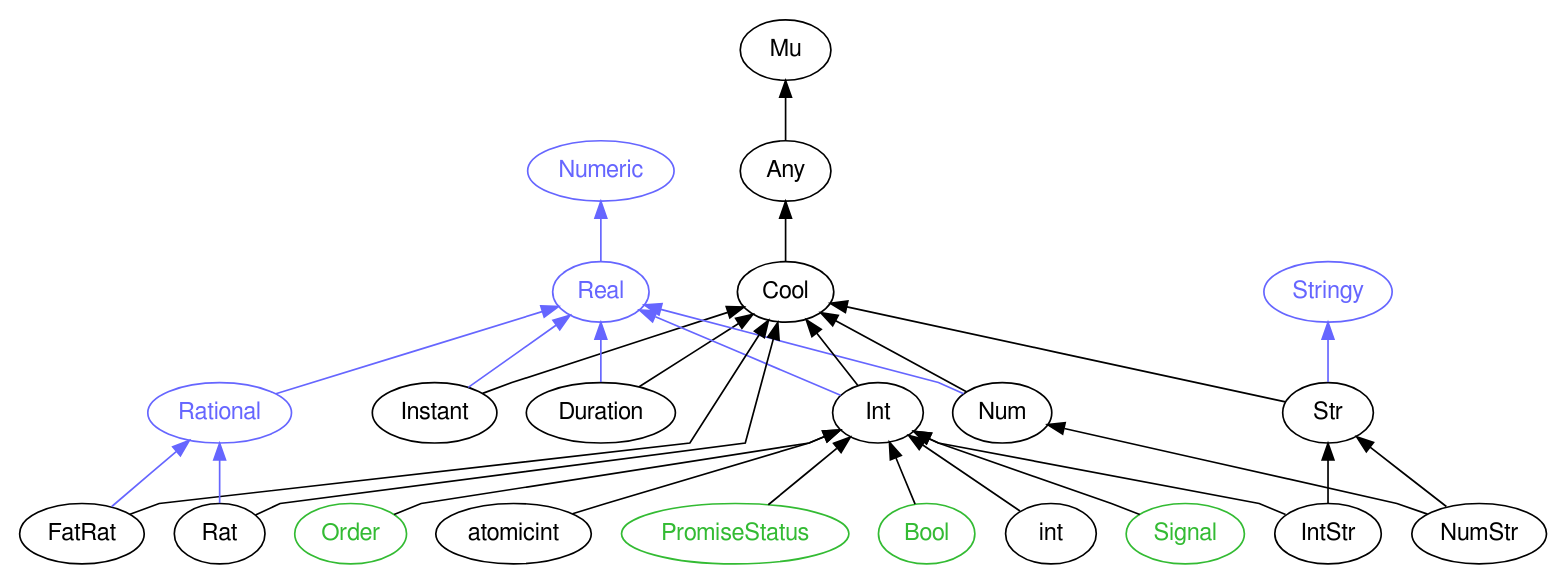
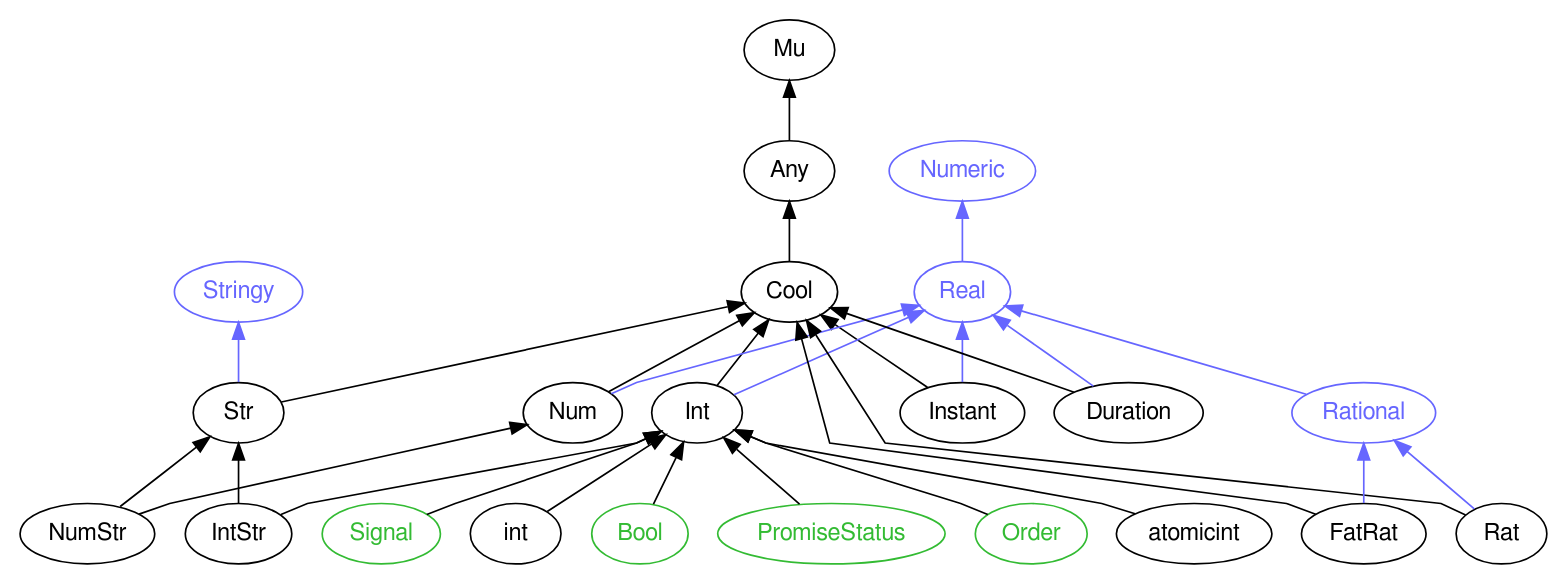
Before and after one commit to perl6docs/perl6docs.github.io: the diagram in images/type-graph-Real.svg.dot, drawn with Graphviz. The commit also changed other lines of this file and 4422 other files, not shown here.

```diff
--- a/images/type-graph-Real.svg.dot
+++ b/images/type-graph-Real.svg.dot
@@ -1,60 +1,60 @@
 digraph "perl6-type-graph" {
     rankdir=BT;
     splines=polyline;
     overlap=false; 
     // Types
     "Real" [color="#6666FF", fontcolor="#6666FF", href="/type/Real", fontname="FreeSans"];
     "Numeric" [color="#6666FF", fontcolor="#6666FF", href="/type/Numeric", fontname="FreeSans"];
-    "Rational" [color="#6666FF", fontcolor="#6666FF", href="/type/Rational", fontname="FreeSans"];
     "Mu" [color="#000000", fontcolor="#000000", href="/type/Mu", fontname="FreeSans"];
     "Any" [color="#000000", fontcolor="#000000", href="/type/Any", fontname="FreeSans"];
     "Cool" [color="#000000", fontcolor="#000000", href="/type/Cool", fontname="FreeSans"];
     "Instant" [color="#000000", fontcolor="#000000", href="/type/Instant", fontname="FreeSans"];
+    "Int" [color="#000000", fontcolor="#000000", href="/type/Int", fontname="FreeSans"];
+    "Num" [color="#000000", fontcolor="#000000", href="/type/Num", fontname="FreeSans"];
+    "Rational" [color="#6666FF", fontcolor="#6666FF", href="/type/Rational", fontname="FreeSans"];
     "Duration" [color="#000000", fontcolor="#000000", href="/type/Duration", fontname="FreeSans"];
-    "Num" [color="#000000", fontcolor="#000000", href="/type/Num", fontname="FreeSans"];
-    "Int" [color="#000000", fontcolor="#000000", href="/type/Int", fontname="FreeSans"];
+    "PromiseStatus" [color="#33BB33", fontcolor="#33BB33", href="/type/PromiseStatus", fontname="FreeSans"];
+    "Order" [color="#33BB33", fontcolor="#33BB33", href="/type/Order", fontname="FreeSans"];
+    "atomicint" [color="#000000", fontcolor="#000000", href="/type/atomicint", fontname="FreeSans"];
+    "Signal" [color="#33BB33", fontcolor="#33BB33", href="/type/Signal", fontname="FreeSans"];
     "Stringy" [color="#6666FF", fontcolor="#6666FF", href="/type/Stringy", fontname="FreeSans"];
     "Str" [color="#000000", fontcolor="#000000", href="/type/Str", fontname="FreeSans"];
+    "IntStr" [color="#000000", fontcolor="#000000", href="/type/IntStr", fontname="FreeSans"];
+    "int" [color="#000000", fontcolor="#000000", href="/type/int", fontname="FreeSans"];
+    "Bool" [color="#33BB33", fontcolor="#33BB33", href="/type/Bool", fontname="FreeSans"];
     "NumStr" [color="#000000", fontcolor="#000000", href="/type/NumStr", fontname="FreeSans"];
-    "Signal" [color="#33BB33", fontcolor="#33BB33", href="/type/Signal", fontname="FreeSans"];
-    "Order" [color="#33BB33", fontcolor="#33BB33", href="/type/Order", fontname="FreeSans"];
-    "atomicint" [color="#000000", fontcolor="#000000", href="/type/atomicint", fontname="FreeSans"];
-    "PromiseStatus" [color="#33BB33", fontcolor="#33BB33", href="/type/PromiseStatus", fontname="FreeSans"];
-    "IntStr" [color="#000000", fontcolor="#000000", href="/type/IntStr", fontname="FreeSans"];
-    "Bool" [color="#33BB33", fontcolor="#33BB33", href="/type/Bool", fontname="FreeSans"];
-    "int" [color="#000000", fontcolor="#000000", href="/type/int", fontname="FreeSans"];
+    "Rat" [color="#000000", fontcolor="#000000", href="/type/Rat", fontname="FreeSans"];
     "FatRat" [color="#000000", fontcolor="#000000", href="/type/FatRat", fontname="FreeSans"];
-    "Rat" [color="#000000", fontcolor="#000000", href="/type/Rat", fontname="FreeSans"];
 
     // Superclasses
     "Any" -> "Mu" [color="#000000"];
     "Cool" -> "Any" [color="#000000"];
     "Instant" -> "Cool" [color="#000000"];
+    "Int" -> "Cool" [color="#000000"];
+    "Num" -> "Cool" [color="#000000"];
     "Duration" -> "Cool" [color="#000000"];
-    "Num" -> "Cool" [color="#000000"];
-    "Int" -> "Cool" [color="#000000"];
+    "PromiseStatus" -> "Int" [color="#000000"];
+    "Order" -> "Int" [color="#000000"];
+    "atomicint" -> "Int" [color="#000000"];
+    "Signal" -> "Int" [color="#000000"];
     "Str" -> "Cool" [color="#000000"];
+    "IntStr" -> "Int" [color="#000000"];
+    "IntStr" -> "Str" [color="#000000"];
+    "int" -> "Int" [color="#000000"];
+    "Bool" -> "Int" [color="#000000"];
     "NumStr" -> "Num" [color="#000000"];
     "NumStr" -> "Str" [color="#000000"];
-    "Signal" -> "Int" [color="#000000"];
-    "Order" -> "Int" [color="#000000"];
-    "atomicint" -> "Int" [color="#000000"];
-    "PromiseStatus" -> "Int" [color="#000000"];
-    "IntStr" -> "Int" [color="#000000"];
-    "IntStr" -> "Str" [color="#000000"];
-    "Bool" -> "Int" [color="#000000"];
-    "int" -> "Int" [color="#000000"];
+    "Rat" -> "Cool" [color="#000000"];
     "FatRat" -> "Cool" [color="#000000"];
-    "Rat" -> "Cool" [color="#000000"];
 
     // Roles
     "Real" -> "Numeric" [color="#6666FF"];
+    "Instant" -> "Real" [color="#6666FF"];
+    "Int" -> "Real" [color="#6666FF"];
+    "Num" -> "Real" [color="#6666FF"];
     "Rational" -> "Real" [color="#6666FF"];
-    "Instant" -> "Real" [color="#6666FF"];
     "Duration" -> "Real" [color="#6666FF"];
-    "Num" -> "Real" [color="#6666FF"];
-    "Int" -> "Real" [color="#6666FF"];
     "Str" -> "Stringy" [color="#6666FF"];
+    "Rat" -> "Rational" [color="#6666FF"];
     "FatRat" -> "Rational" [color="#6666FF"];
-    "Rat" -> "Rational" [color="#6666FF"];
 }
```
